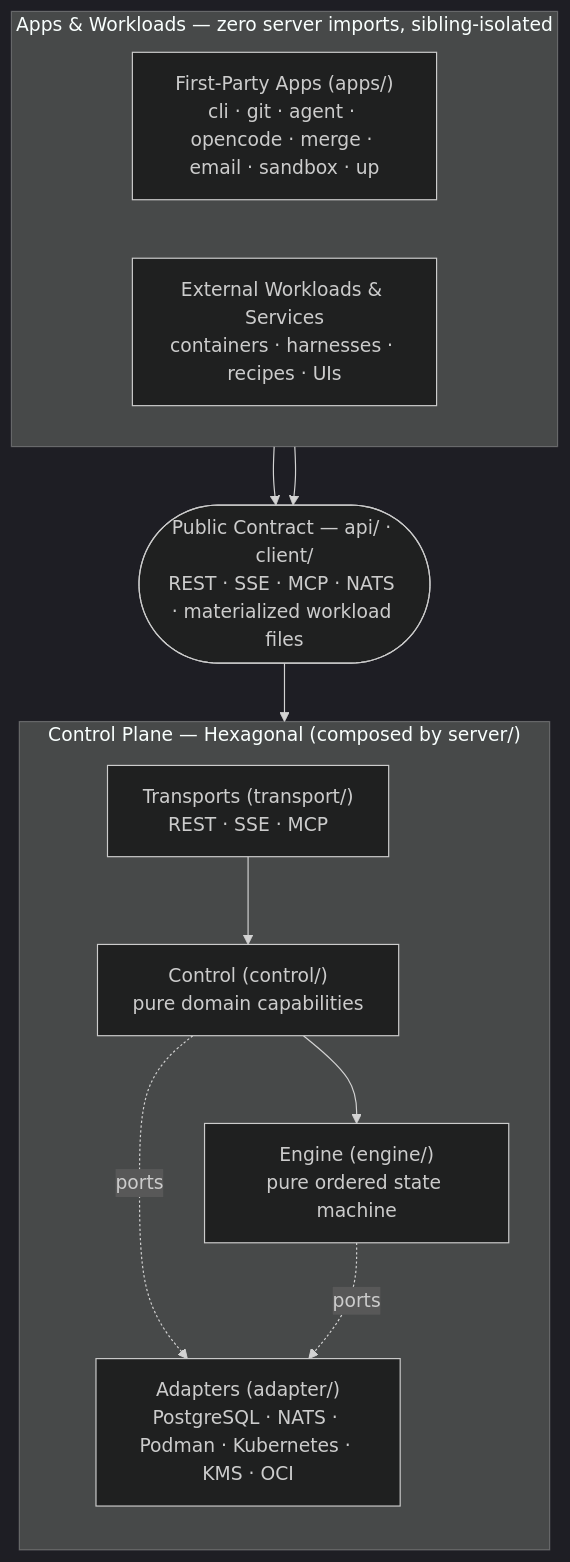
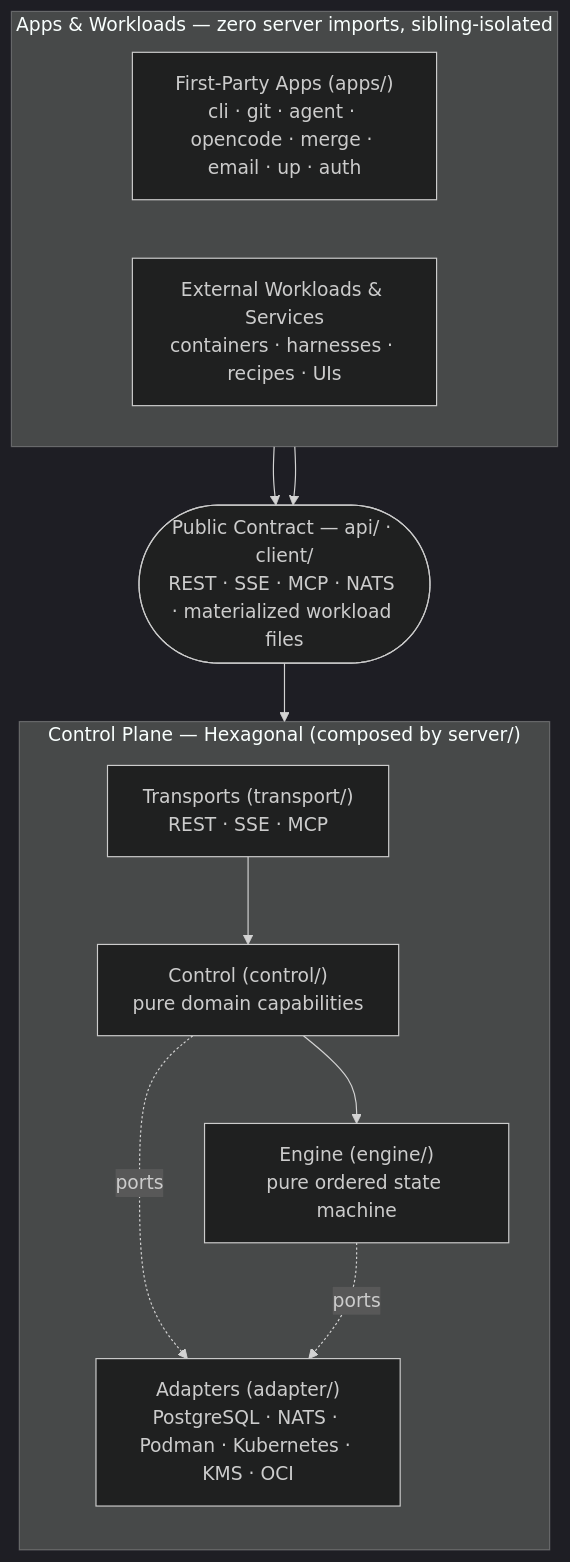
The diagram in docs/specs/01-architecture.md (optimiware/kodema), drawn with Mermaid (dark theme) before and after one commit. The commit also changed other lines of this file and 2611 other files, not shown here.

````diff
--- a/docs/specs/01-architecture.md
+++ b/docs/specs/01-architecture.md
@@ -9,26 +9,26 @@
 ```mermaid
 flowchart TB
     subgraph AW["Apps & Workloads — zero server imports, sibling-isolated"]
         direction LR
-        Apps["First-Party Apps (apps/)<br/>cli · git · agent · opencode · merge · email · sandbox · up"]
+        Apps["First-Party Apps (apps/)<br/>cli · git · agent · opencode · merge · email · up · auth"]
         Workloads["External Workloads & Services<br/>containers · harnesses · recipes · UIs"]
     end
 
     Waist(["Public Contract — api/ · client/<br/>REST · SSE · MCP · NATS · materialized workload files"])
 
     subgraph CP["Control Plane — Hexagonal (composed by server/)"]
         direction TB
         Transport["Transports (transport/)<br/>REST · SSE · MCP"]
         Control["Control (control/)<br/>pure domain capabilities"]
         Engine["Engine (engine/)<br/>pure ordered state machine"]
         Adapter["Adapters (adapter/)<br/>PostgreSQL · NATS · Podman · Kubernetes · KMS · OCI"]
         Transport --> Control
         Control --> Engine
         Control -. ports .-> Adapter
         Engine -. ports .-> Adapter
     end
 
     Apps --> Waist
     Workloads --> Waist
     Waist --> Transport
 ```
````
